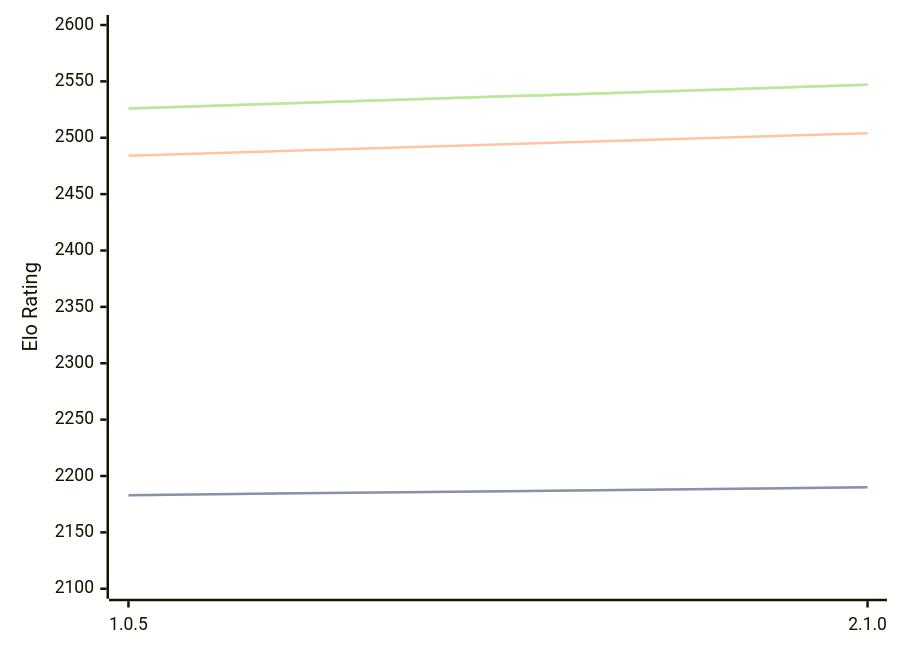
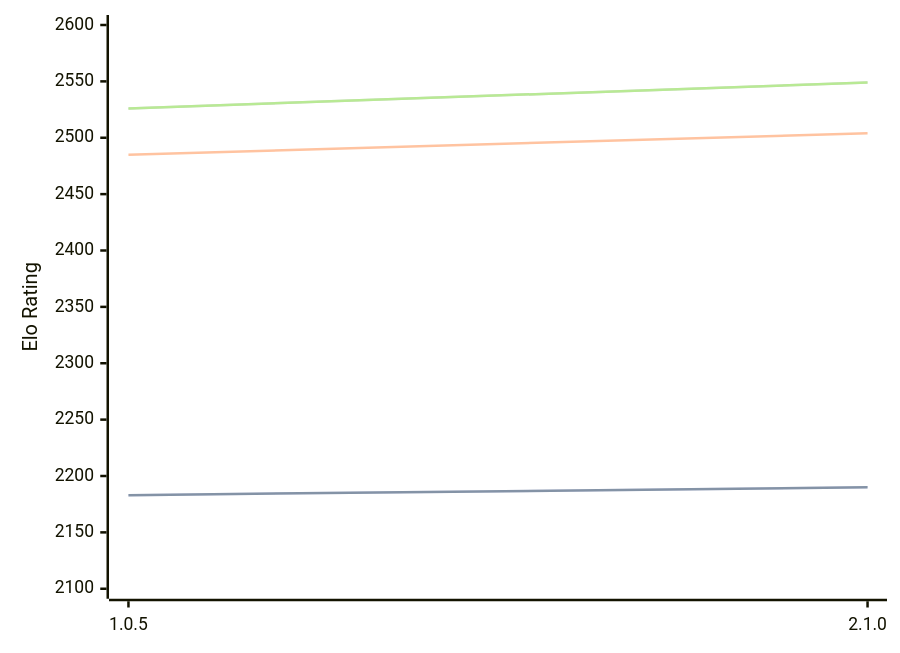
Before and after one commit to computer-chess-index/cci: the diagram in engines/Ruffian.md, drawn with Mermaid. The commit also changed other lines of this file, not shown here.

Commit message:
Update CCI Ratings (ELO VLTC) - 2026-03-14

````diff
--- a/engines/Ruffian.md
+++ b/engines/Ruffian.md
@@ -30,11 +30,11 @@
 ```mermaid
 %%{init: {"theme":"base","themeVariables":{"seriesColors:['#a3a3a3','#222221','#faa371']}}}%%
 xychart-beta
   x-axis ["1.0.5", "2.1.0"]
   y-axis "Elo Rating" 2100 --> 2600
   line "STC (8.0+0.08s)" [2183, 2190]
   line "STC (8.0+0.08s)" [2183, 2190]
-  line "LTC (60.0+0.60s)" [2484, 2504]
-  line "VLTC (2m24s+1.12s)" [2526, 2547]
-  line "VLTC (2m24s+1.12s)" [2526, 2547]
+  line "LTC (60.0+0.60s)" [2485, 2504]
+  line "VLTC (2m24s+1.12s)" [2526, 2549]
+  line "VLTC (2m24s+1.12s)" [2526, 2549]
 ```
````
